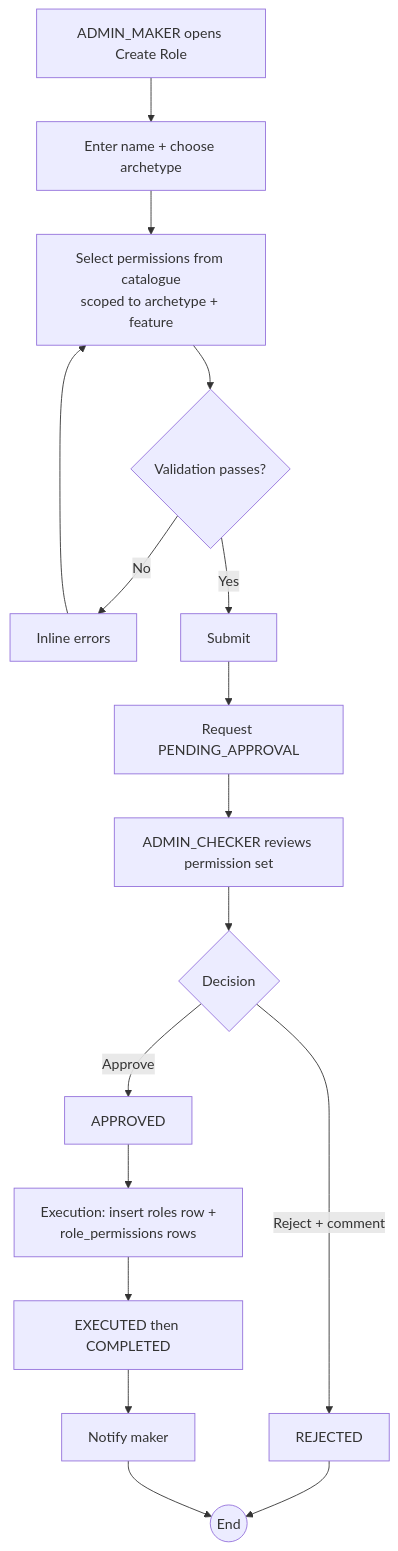
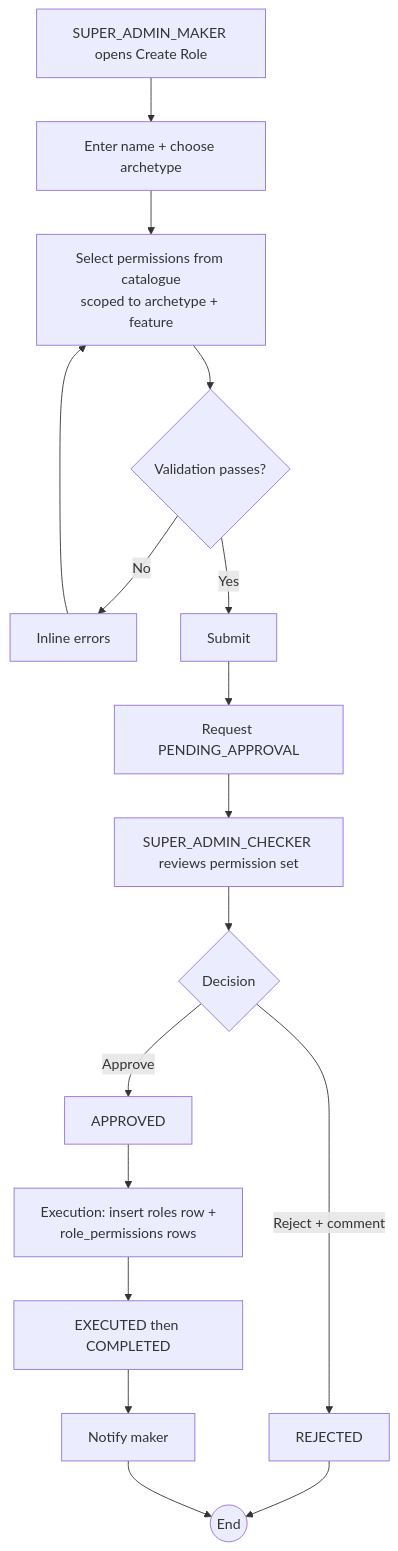
Before and after one commit to ruthvikchandravanam/Nexus-CA: the diagram in Docs/1-Requirements/Workflows/WF-016-role-creation.md, drawn with Mermaid. The commit also changed other lines of this file and 33 other files, not shown here.

````diff
--- a/Docs/1-Requirements/Workflows/WF-016-role-creation.md
+++ b/Docs/1-Requirements/Workflows/WF-016-role-creation.md
@@ -22,17 +22,17 @@
 ```mermaid
 flowchart TD
-    A[ADMIN_MAKER opens Create Role] --> B[Enter name + choose archetype]
+    A[SUPER_ADMIN_MAKER opens Create Role] --> B[Enter name + choose archetype]
     B --> C[Select permissions from catalogue<br/>scoped to archetype + feature]
     C --> D{Validation passes?}
     D -- No --> D1[Inline errors] --> C
     D -- Yes --> E[Submit]
     E --> F[Request PENDING_APPROVAL]
-    F --> G[ADMIN_CHECKER reviews permission set]
+    F --> G[SUPER_ADMIN_CHECKER reviews permission set]
     G --> H{Decision}
     H -- Reject + comment --> R[REJECTED] --> Z((End))
     H -- Approve --> I[APPROVED]
     I --> J[Execution: insert roles row +<br/>role_permissions rows]
     J --> K[EXECUTED then COMPLETED]
     K --> L[Notify maker]
     L --> Z
 ```
````
